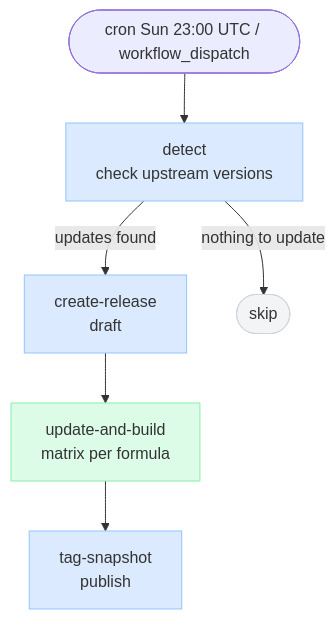
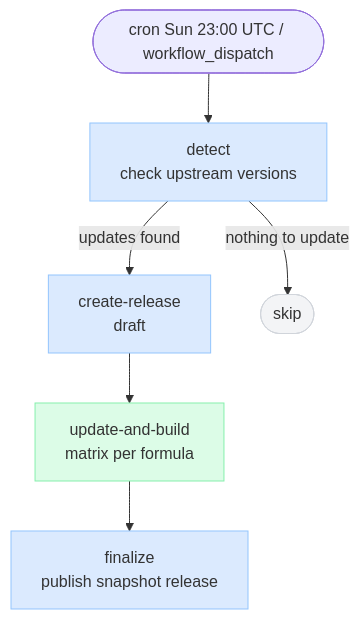
Before and after one commit to patrick204nqh/homebrew-tap: the diagram in docs/architecture/diagrams/03-snapshot-weekly-auto-update.mmd, drawn with Mermaid. The commit also changed 2 other files, not shown here.

Commit message:
docs: refresh CONTRIBUTING and diagrams for unified tap-style CI
- Rewrite CONTRIBUTING.md: correct workflow names (sync-formulas.yml,
  build-bottles.yml, validate-pr.yml), remove per-formula release
  references, document bundled Ruby runtime update process, update
  formula conventions to reflect arm64-only + bundled runtime
- Update 01-ci-push-to-main.mmd: add prepare/finalize nodes and
  Formula/** path filter to match refactored build-bottles.yml
- Update 03-snapshot-weekly-auto-update.mmd: rename tag-snapshot node
  to finalize for consistency

```diff
--- a/docs/architecture/diagrams/03-snapshot-weekly-auto-update.mmd
+++ b/docs/architecture/diagrams/03-snapshot-weekly-auto-update.mmd
@@ -1,20 +1,20 @@
 flowchart TD
     T([cron Sun 23:00 UTC / workflow_dispatch])
 
     DETECT[detect\ncheck upstream versions]
     CREATE[create-release\ndraft]
     BUILD[update-and-build\nmatrix per formula]
-    TAG[tag-snapshot\npublish]
+    TAG[finalize\npublish snapshot release]
     SKIP([skip])
 
     T --> DETECT
     DETECT -->|updates found| CREATE
     DETECT -->|nothing to update| SKIP
     CREATE --> BUILD
     BUILD --> TAG
 
     style DETECT fill:#dbeafe,stroke:#93c5fd
     style CREATE fill:#dbeafe,stroke:#93c5fd
     style BUILD  fill:#dcfce7,stroke:#86efac
     style TAG    fill:#dbeafe,stroke:#93c5fd
     style SKIP   fill:#f3f4f6,stroke:#d1d5db
```
